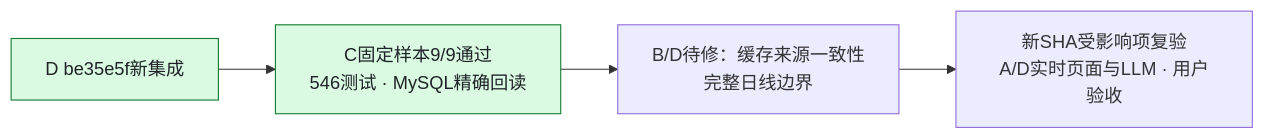
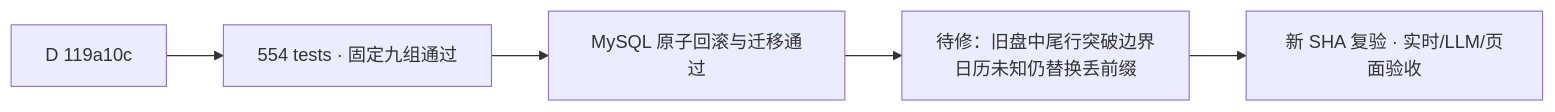
The diagram in docs/C_PROGRESS.md (27ye/ai-quant-platform), drawn with Mermaid before and after one commit. The commit also changed other lines of this file and 10 other files, not shown here.

````diff
--- a/docs/C_PROGRESS.md
+++ b/docs/C_PROGRESS.md
@@ -7,8 +7,7 @@
 ```mermaid
 flowchart LR
-    I["D be35e5f新集成"] --> C["C固定样本9/9通过<br/>546测试 · MySQL精确回读"]
-    C --> R["B/D待修：缓存来源一致性<br/>完整日线边界"]
-    R --> N["新SHA受影响项复验<br/>A/D实时页面与LLM · 用户验收"]
-    classDef done fill:#dafbe1,stroke:#1a7f37,color:#1f2328
-    class I,C done
+    D["D 119a10c"] --> C["554 tests · 固定九组通过"]
+    C --> M["MySQL 原子回滚与迁移通过"]
+    M --> R["待修：旧盘中尾行突破边界<br/>日历未知仍替换丢前缀"]
+    R --> N["新 SHA 复验 · 实时/LLM/页面验收"]
 ```
````
